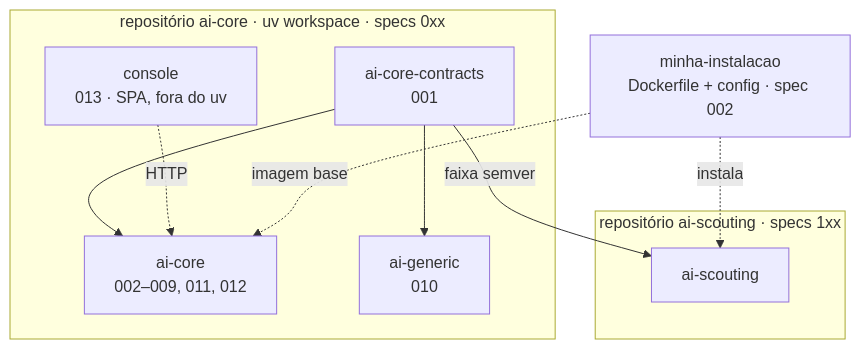
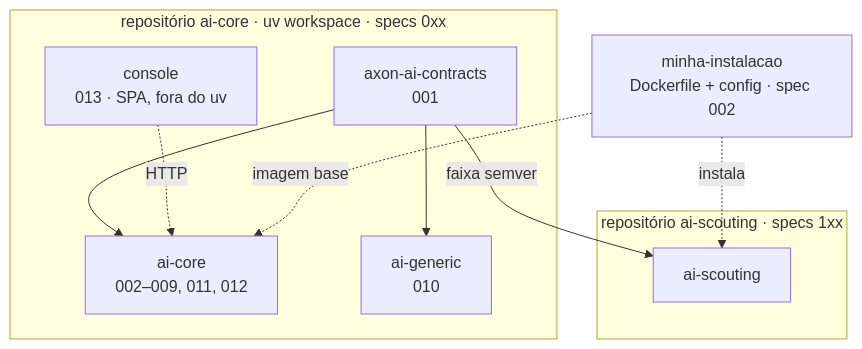
The third of 4 diagrams in specs/README.md (CaioFerreiraB/axon), drawn with Mermaid before and after one commit. The commit also changed other lines of this file and 189 other files, not shown here.

First line of the commit message:
feat(001): identidade Axon — axon-ai-contracts 0.2.0, import axon_ai_contracts (ADR-037)

````diff
--- a/specs/README.md
+++ b/specs/README.md
@@ -149,21 +149,21 @@
 ```mermaid
 flowchart TD
     subgraph RCORE["repositório ai-core · uv workspace · specs 0xx"]
-        C[ai-core-contracts<br/>001]
+        C[axon-ai-contracts<br/>001]
         CORE[ai-core<br/>002–009, 011, 012]
         GEN[ai-generic<br/>010]
         CON[console<br/>013 · SPA, fora do uv]
         C --> CORE
         C --> GEN
         CON -.HTTP.-> CORE
     end
 
     subgraph RSCT["repositório ai-scouting · specs 1xx"]
         SCT[ai-scouting]
     end
 
     C -->|faixa semver| SCT
 
     DEPLOY[minha-instalacao<br/>Dockerfile + config · spec 002] -.imagem base.-> CORE
     DEPLOY -.instala.-> SCT
 ```
````
